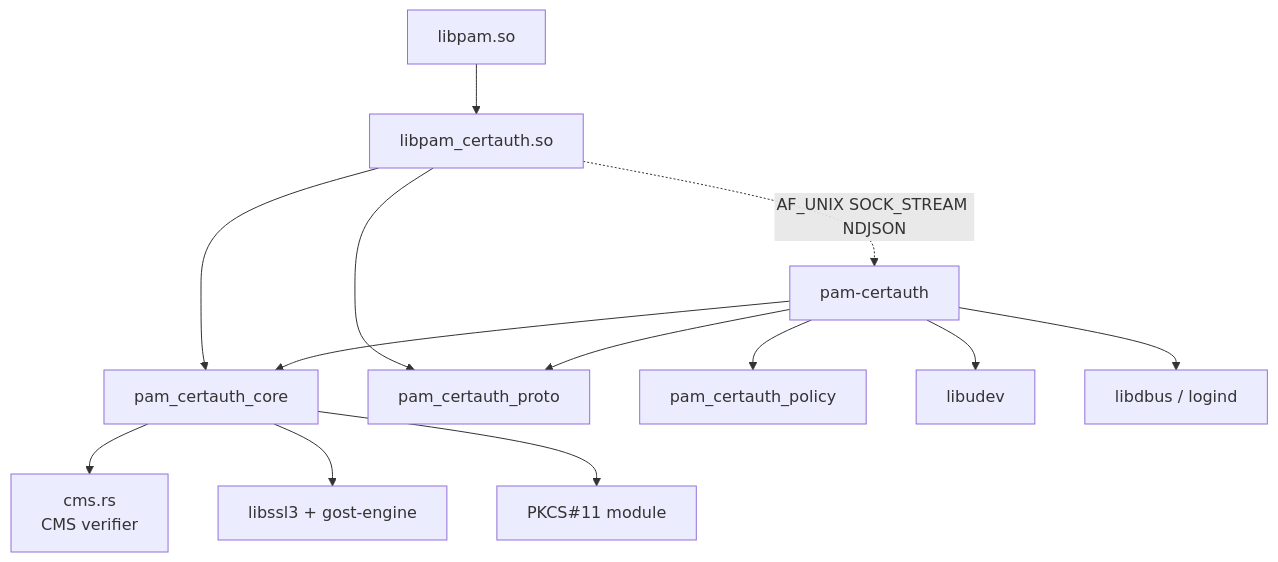
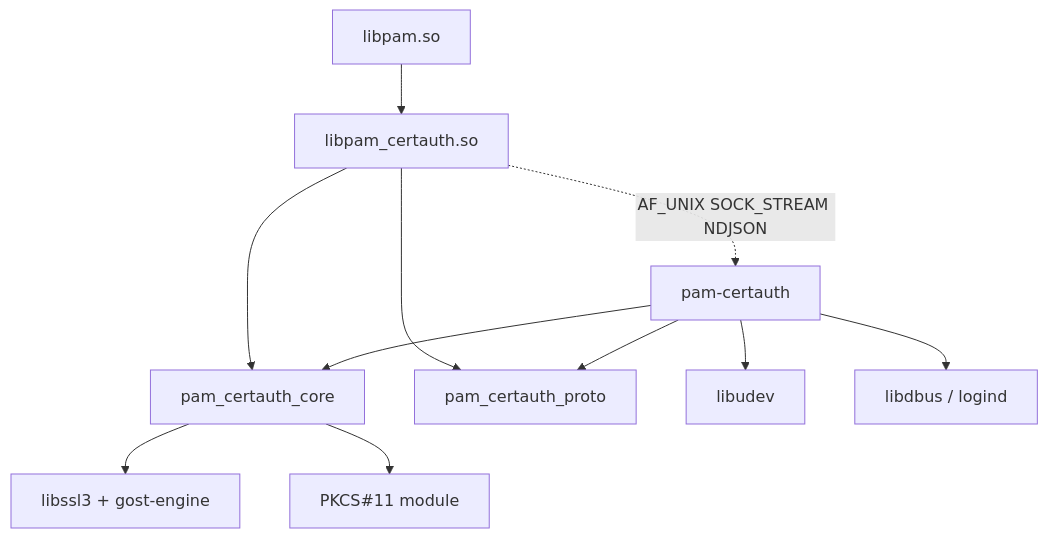
Before and after one commit to RoboNET/pam-certauth: the first of 6 diagrams in docs/architecture.md, drawn with Mermaid. The commit also changed other lines of this file and 178 other files, not shown here.

````diff
--- a/docs/architecture.md
+++ b/docs/architecture.md
@@ -175,15 +126,13 @@
 ```mermaid
 flowchart TD
     libpam[libpam.so] --> cdylib[libpam_certauth.so]
     cdylib --> core[pam_certauth_core]
     cdylib --> proto[pam_certauth_proto]
     monitord[pam-certauth] --> proto
     monitord --> core
-    monitord --> policy[pam_certauth_policy]
-    core --> cms[cms.rs<br/>CMS verifier]
     cdylib -. "AF_UNIX SOCK_STREAM NDJSON" .-> monitord
     core --> openssl[libssl3 + gost-engine]
     core --> pkcs11[PKCS#11 module]
     monitord --> udev[libudev]
     monitord --> dbus[libdbus / logind]
 ```
````
